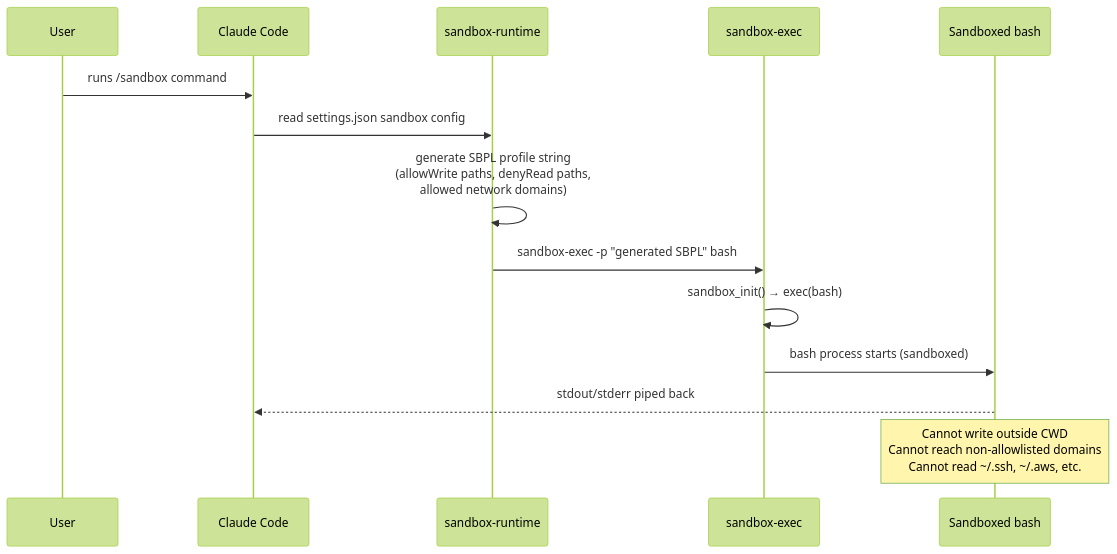
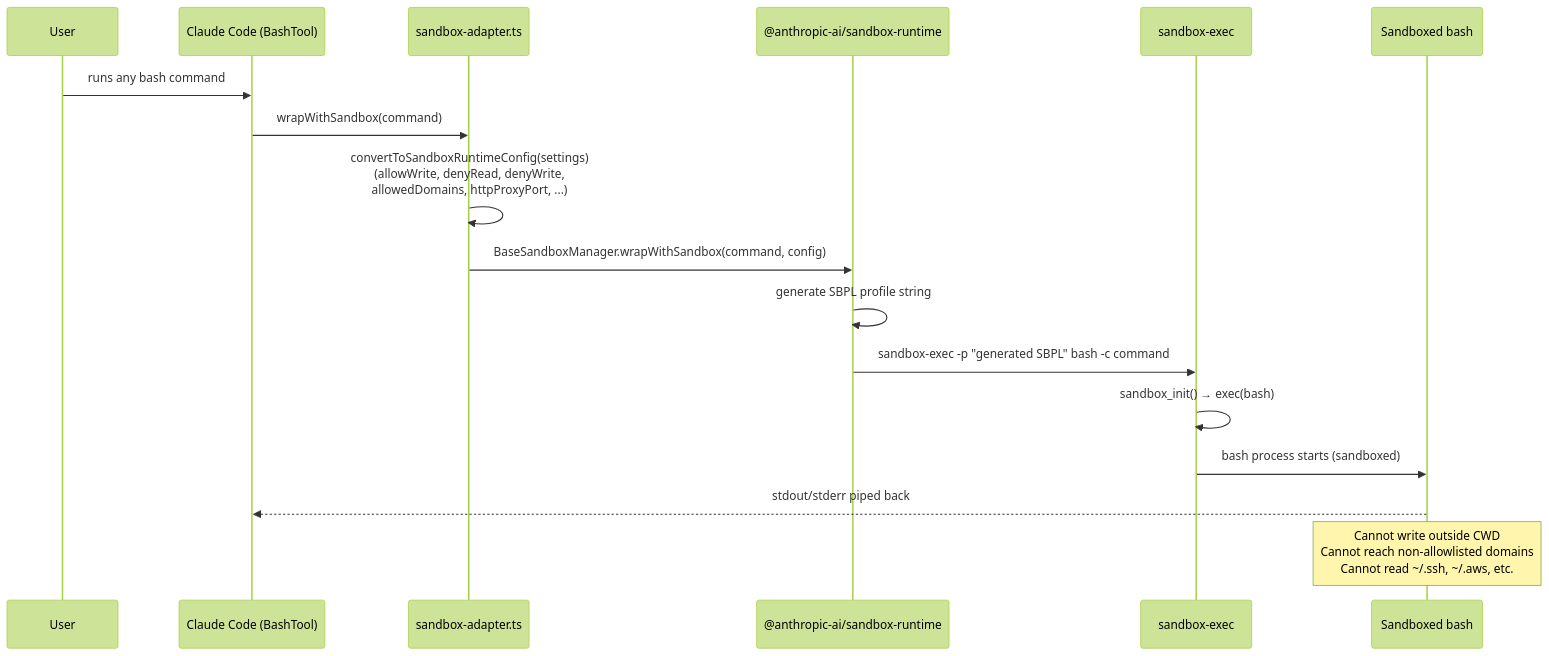
One commit to kainkalju/analysis changed the seventh of 8 diagrams in macos-seatbelt.md. Above: the diagram before and after it, drawn with Mermaid (forest theme). The commit also changed other lines of this file, not shown here.

````diff
--- a/macos-seatbelt.md
+++ b/macos-seatbelt.md
@@ -306,17 +308,20 @@
 ```mermaid
 sequenceDiagram
     participant U as User
-    participant CC as Claude Code
-    participant SR as sandbox-runtime
+    participant CC as Claude Code (BashTool)
+    participant SA as sandbox-adapter.ts
+    participant SR as @anthropic-ai/sandbox-runtime
     participant SE as sandbox-exec
     participant BP as Sandboxed bash
 
-    U->>CC: runs /sandbox command
-    CC->>SR: read settings.json sandbox config
-    SR->>SR: generate SBPL profile string<br/>(allowWrite paths, denyRead paths,<br/>allowed network domains)
-    SR->>SE: sandbox-exec -p "generated SBPL" bash
+    U->>CC: runs any bash command
+    CC->>SA: wrapWithSandbox(command)
+    SA->>SA: convertToSandboxRuntimeConfig(settings)<br/>(allowWrite, denyRead, denyWrite,<br/>allowedDomains, httpProxyPort, ...)
+    SA->>SR: BaseSandboxManager.wrapWithSandbox(command, config)
+    SR->>SR: generate SBPL profile string
+    SR->>SE: sandbox-exec -p "generated SBPL" bash -c command
     SE->>SE: sandbox_init() → exec(bash)
     SE->>BP: bash process starts (sandboxed)
     BP-->>CC: stdout/stderr piped back
     Note over BP: Cannot write outside CWD<br/>Cannot reach non-allowlisted domains<br/>Cannot read ~/.ssh, ~/.aws, etc.
 ```
````
